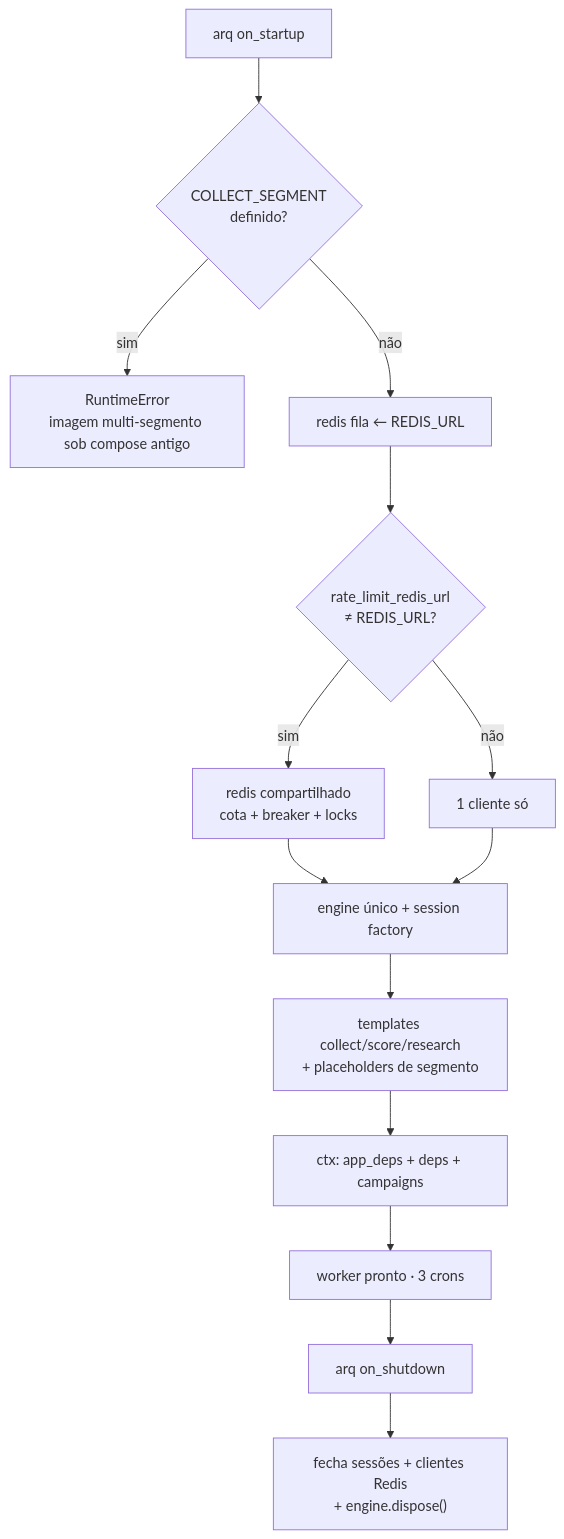
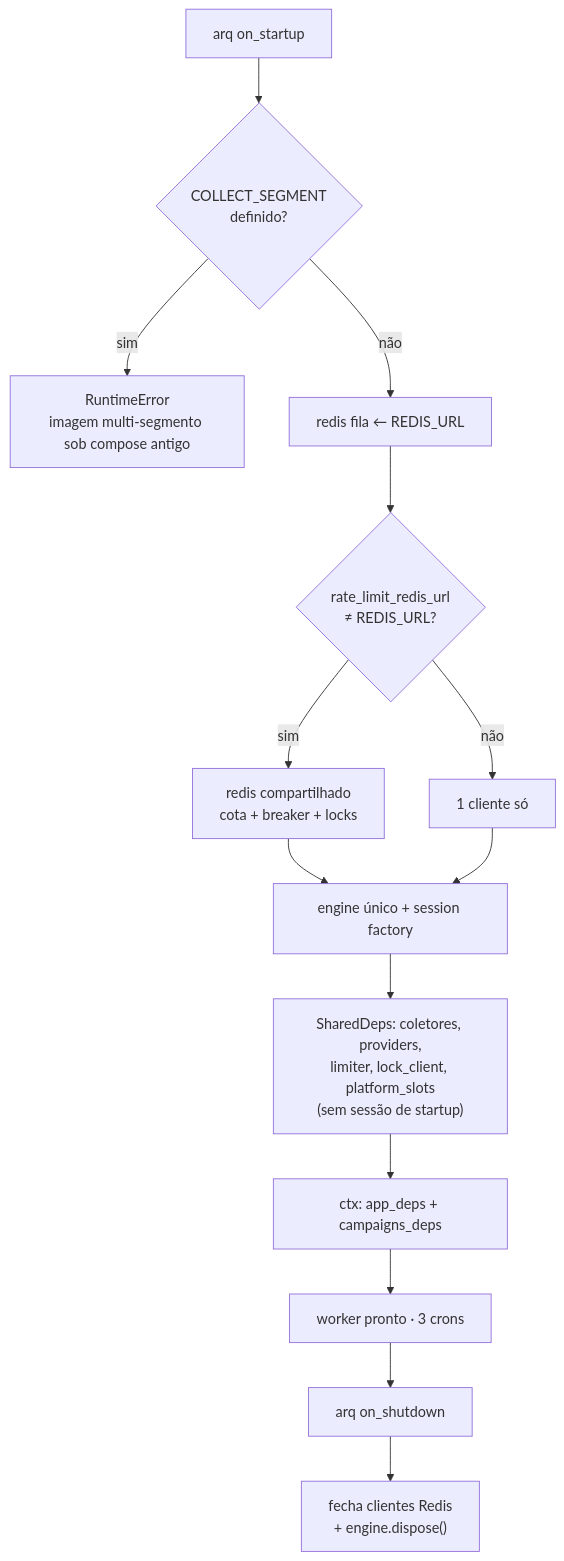
One commit to leonardodg/content-factory changed the second of 7 diagrams in docs/diagram/fluxos.md. Above: the diagram before and after it, drawn with Mermaid. The commit also changed other lines of this file and 5 other files, not shown here.

First line of the commit message:
refactor(worker): SharedDeps sem sessão de startup nem templates; engine via create_engine_and_factory (Etapa 2 Tasks 14+15)

````diff
--- a/docs/diagram/fluxos.md
+++ b/docs/diagram/fluxos.md
@@ -42,16 +42,16 @@
 ```mermaid
 flowchart TD
     A["arq on_startup"] --> G{"COLLECT_SEGMENT<br/>definido?"}
     G -- sim --> E["RuntimeError<br/>imagem multi-segmento sob compose antigo"]
     G -- não --> R0["redis fila ← REDIS_URL"]
     R0 --> R1{"rate_limit_redis_url<br/>≠ REDIS_URL?"}
     R1 -- sim --> R2["redis compartilhado<br/>cota + breaker + locks"]
     R1 -- não --> SH["1 cliente só"]
     R2 --> ENG["engine único + session factory"]
     SH --> ENG
-    ENG --> TPL["templates collect/score/research<br/>+ placeholders de segmento"]
-    TPL --> CTX["ctx: app_deps + deps + campaigns"]
+    ENG --> TPL["SharedDeps: coletores, providers,<br/>limiter, lock_client, platform_slots<br/>(sem sessão de startup)"]
+    TPL --> CTX["ctx: app_deps + campaigns_deps"]
     CTX --> UP["worker pronto · 3 crons"]
     UP --> DOWN["arq on_shutdown"]
-    DOWN --> CL["fecha sessões + clientes Redis<br/>+ engine.dispose()"]
+    DOWN --> CL["fecha clientes Redis<br/>+ engine.dispose()"]
 ```
````
